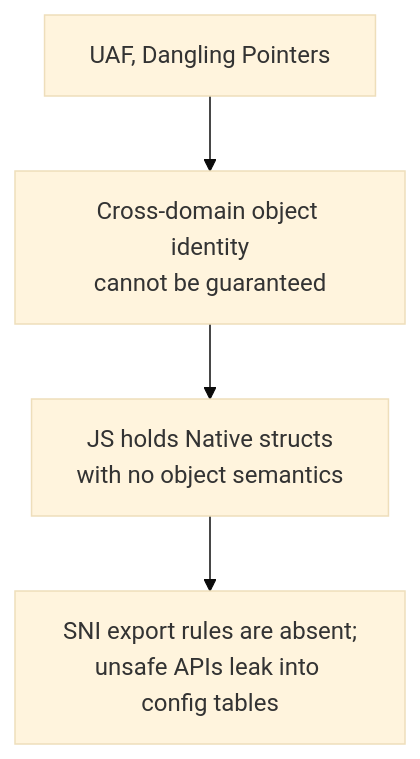
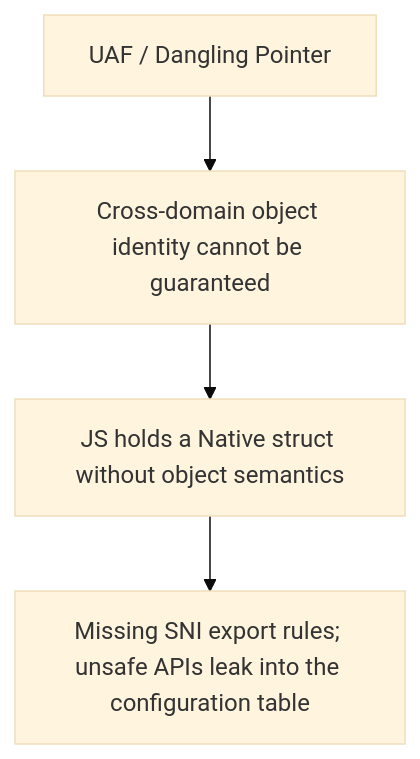
Before and after one commit to ElenixOS/ElenixOS-Docs: the diagram in i18n/en/docusaurus-plugin-content-blog/2026-07-04-sni-architecture-evolution.mdx, drawn with Mermaid (base theme). The commit also changed other lines of this file and 1 other file, not shown here.

Commit message:
blog: revise SNI architecture evolution post with refined export boundary rules

````diff
--- a/i18n/en/docusaurus-plugin-content-blog/2026-07-04-sni-architecture-evolution.mdx
+++ b/i18n/en/docusaurus-plugin-content-blog/2026-07-04-sni-architecture-evolution.mdx
@@ -78,10 +77,10 @@
 ```mermaid
 flowchart TB
-    UAF["UAF, Dangling Pointers"]
-    Identity["Cross-domain object identity<br/>cannot be guaranteed"]
-    NoSemantic["JS holds Native structs<br/>with no object semantics"]
-    ConfigLeak["SNI export rules are absent;<br/>unsafe APIs leak into config tables"]
+    UAF["UAF / Dangling Pointer"]
+    Identity["Cross-domain object identity cannot be guaranteed"]
+    NoSemantic["JS holds a Native struct without object semantics"]
+    ConfigLeak["Missing SNI export rules; unsafe APIs leak into the configuration table"]
     UAF --> Identity
     Identity --> NoSemantic
     NoSemantic --> ConfigLeak
 ```
````
